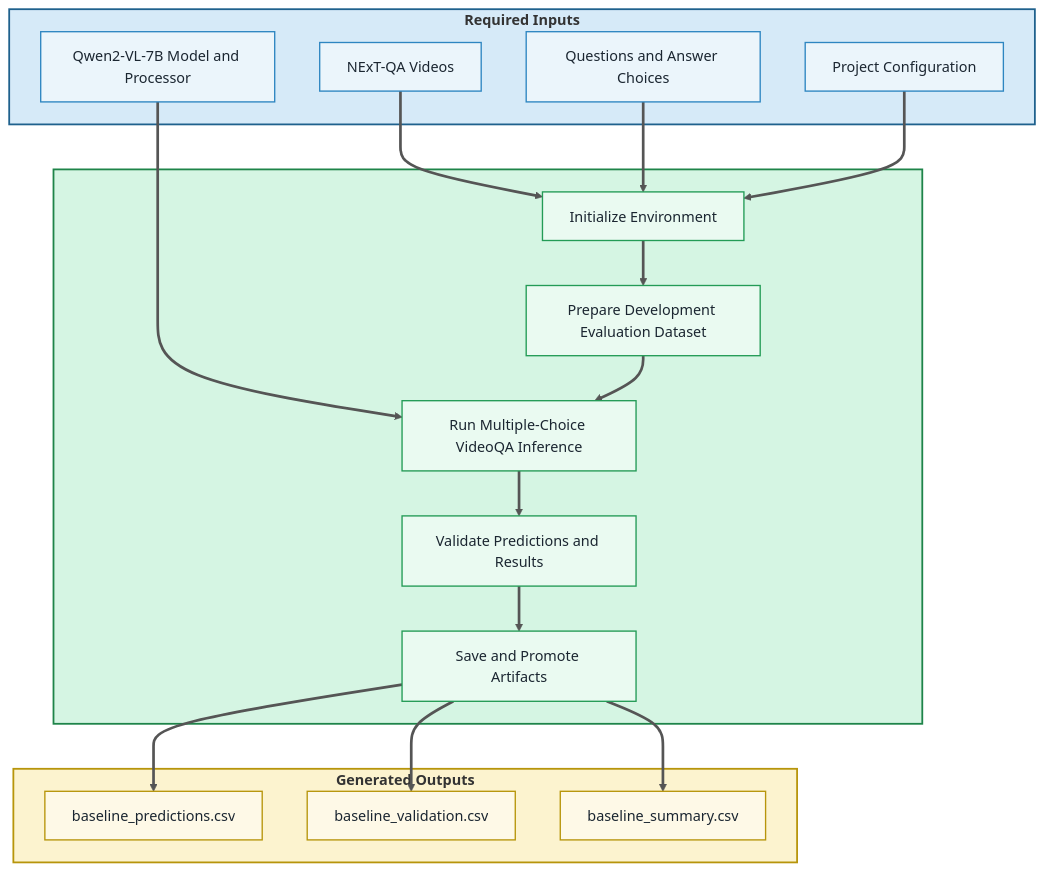
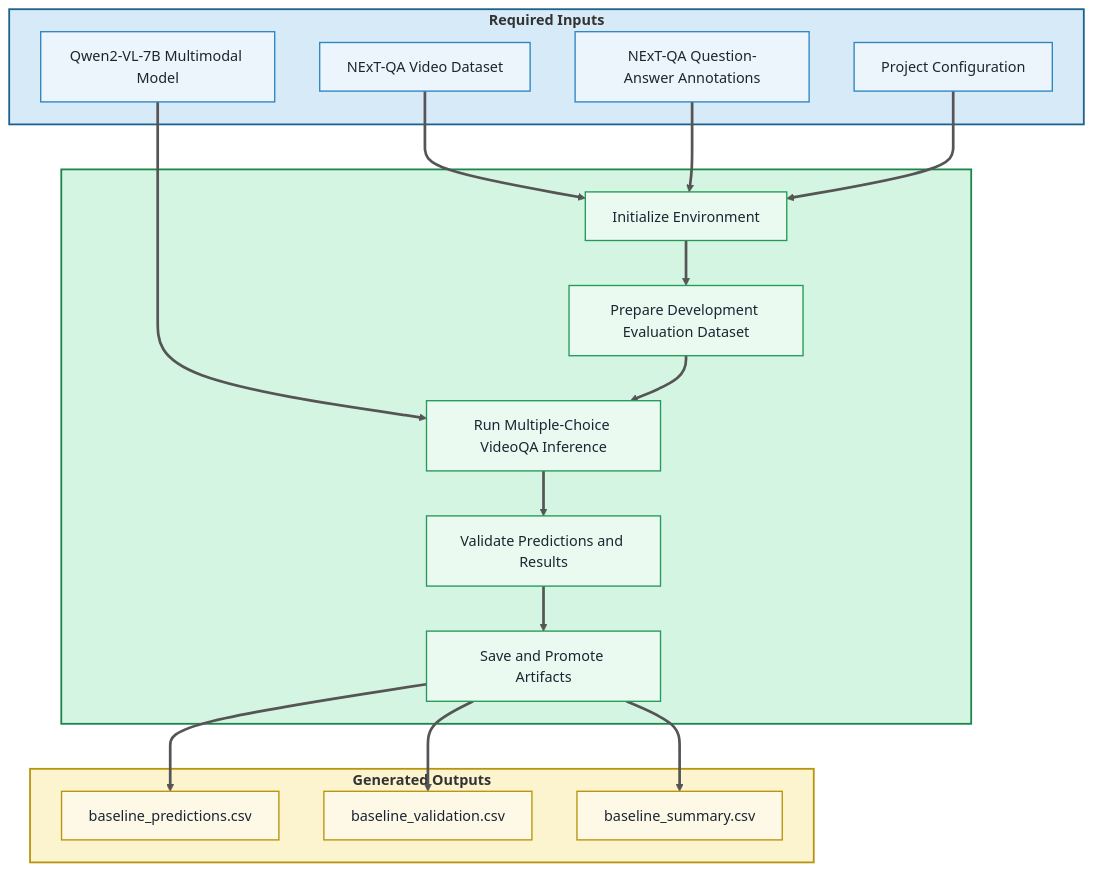
Before and after one commit to pgailinas/videoqa-representation-comparison: the diagram in docs/images/workflows/01_Run_Qwen2VL_Baseline_workflow.mmd, drawn with Mermaid. The commit also changed 1 other file, not shown here.

```diff
--- a/docs/images/workflows/01_Run_Qwen2VL_Baseline_workflow.mmd
+++ b/docs/images/workflows/01_Run_Qwen2VL_Baseline_workflow.mmd
@@ -1,57 +1,57 @@
 
 %% ==========================================================
 %% Notebook 01 Workflow
 %% ==========================================================
 %% Repository: VideoQA Representation Comparison
 %% ==========================================================
 
 flowchart TD
 
 subgraph INPUTS["<b>Required Inputs</b>"]
-    A["NExT-QA Videos"]
-    B["Questions and Answer Choices"]
+    A["NExT-QA Video Dataset"]
+    B["NExT-QA Question-Answer Annotations"]
     C["Project Configuration"]
-    D["Qwen2-VL-7B Model and Processor"]
+    D["Qwen2-VL-7B Multimodal Model"]
 end
 
 subgraph PROCESSING["​ "]
     E["Initialize Environment"]
     F["Prepare Development Evaluation Dataset"]
     G["Run Multiple-Choice VideoQA Inference"]
     H["Validate Predictions and Results"]
     I["Save and Promote Artifacts"]
 end
 
 subgraph OUTPUTS["<b>Generated Outputs</b>"]
     J["baseline_predictions.csv"]
     K["baseline_validation.csv"]
     L["baseline_summary.csv"]
 end
 
 A --> E
 B --> E
 C --> E
 D --> G
 
 E --> F
 F --> G
 G --> H
 H --> I
 
 I --> J
 I --> K
 I --> L
 
 style INPUTS fill:#D6EAF8,stroke:#1F618D,stroke-width:2px
 style PROCESSING fill:#D5F5E3,stroke:#1E8449,stroke-width:2px
 style OUTPUTS fill:#FCF3CF,stroke:#B7950B,stroke-width:2px
 
 classDef inputNode fill:#EBF5FB,stroke:#2E86C1,stroke-width:1.5px,color:#1B2631
 classDef processNode fill:#EAFAF1,stroke:#239B56,stroke-width:1.5px,color:#1B2631
 classDef outputNode fill:#FEF9E7,stroke:#B7950B,stroke-width:1.5px,color:#1B2631
 
 class A,B,C,D inputNode
 class E,F,G,H,I processNode
 class J,K,L outputNode
 
 linkStyle default stroke:#555555,stroke-width:3px
```
